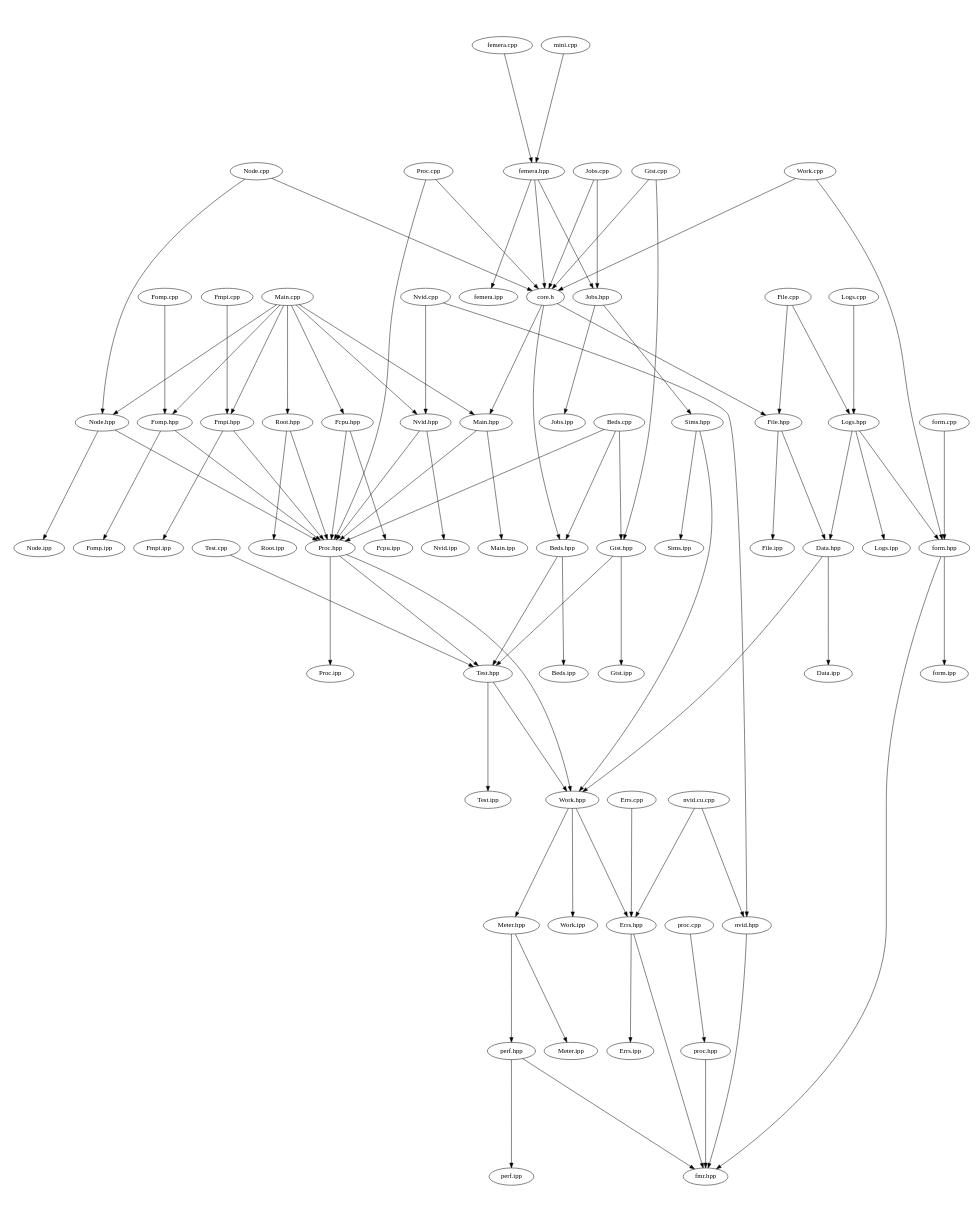
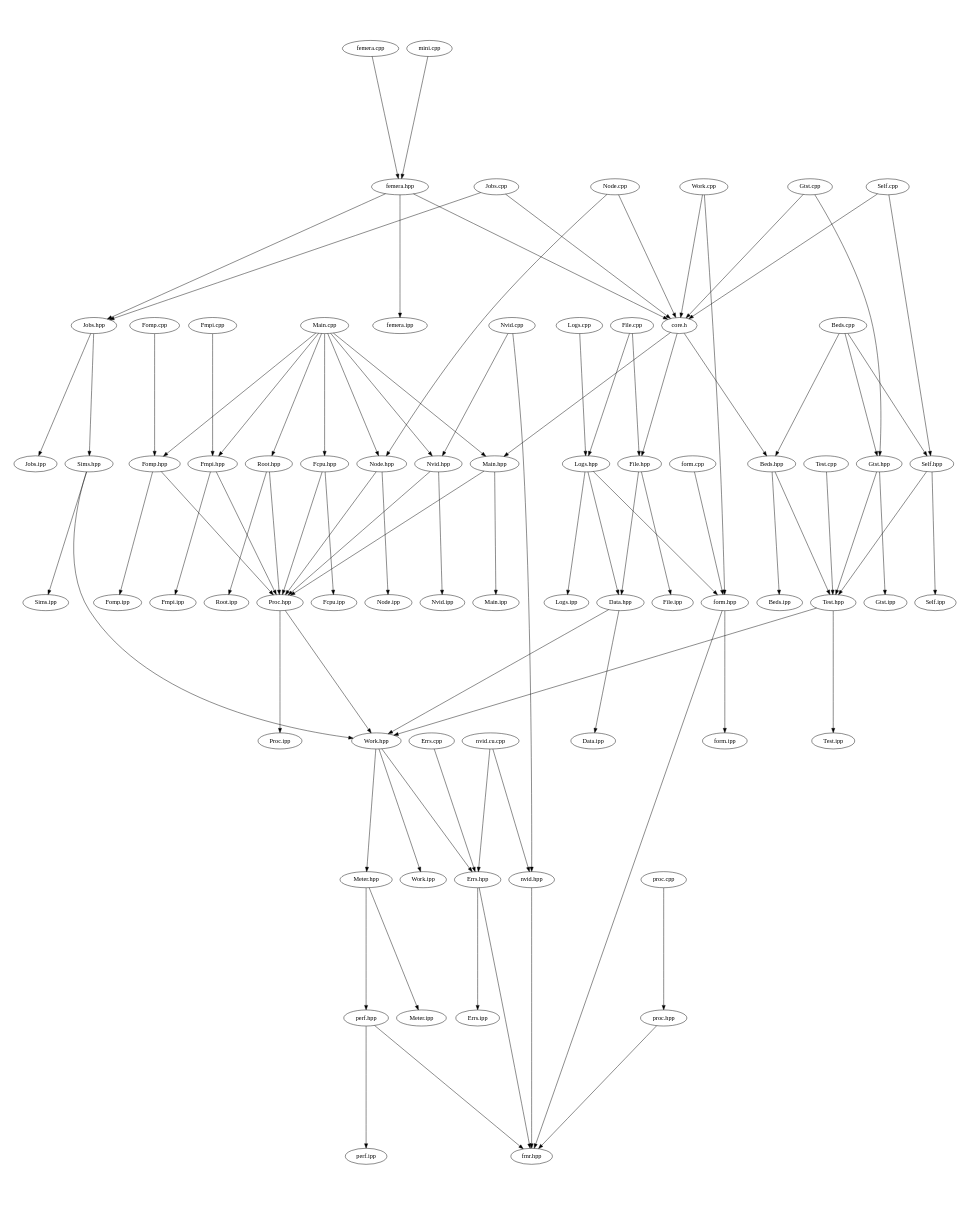
One commit to waggyz/femera-mini-app changed the diagram in src/docs/src-notest.dot. Above: the diagram before and after it, drawn with Graphviz. The commit also changed 11 other files, not shown here.

```diff
--- a/src/docs/src-notest.dot
+++ b/src/docs/src-notest.dot
@@ -1,96 +1,97 @@
 digraph "source tree" {
     overlap=scale;
     size="8,10";
     ratio="fill";
     fontsize="16";
     fontname="Helvetica";
 	clusterrank="local";
 	"Gtst.cpp" -> "core.h"
 	"femera.hpp" -> "Jobs.hpp"
 	"Meter.hpp" -> "perf.hpp"
 	"Main.cpp" -> "Fomp.hpp"
 	"Sims.hpp" -> "Work.hpp"
 	"Errs.cpp" -> "Errs.hpp"
 	"femera.cpp" -> "femera.hpp"
 	"Work.hpp" -> "Errs.hpp"
 	"Fmpi.hpp" -> "Fmpi.ipp"
 	"Sims.hpp" -> "Sims.ipp"
 	"Jobs.hpp" -> "Jobs.ipp"
 	"Nvid.hpp" -> "Nvid.ipp"
 	"Fomp.cpp" -> "Fomp.hpp"
 	"Logs.cpp" -> "Logs.hpp"
 	"nvid.cu.cpp" -> "nvid.hpp"
 	"proc.hpp" -> "fmr.hpp"
 	"Nvid.hpp" -> "Proc.hpp"
 	"Root.hpp" -> "Proc.hpp"
 	"Main.cpp" -> "Node.hpp"
-	"Beds.cpp" -> "Proc.hpp"
 	"Main.cpp" -> "Main.hpp"
 	"Proc.hpp" -> "Proc.ipp"
 	"Beds.cpp" -> "Gtst.hpp"
 	"Node.cpp" -> "Node.hpp"
 	"Main.cpp" -> "Fmpi.hpp"
 	"core.h" -> "Main.hpp"
 	"Main.cpp" -> "Fcpu.hpp"
 	"Work.cpp" -> "core.h"
 	"nvid.hpp" -> "fmr.hpp"
 	"perf.hpp" -> "fmr.hpp"
 	"Data.hpp" -> "Data.ipp"
-	"Proc.hpp" -> "Test.hpp"
+	"Beds.cpp" -> "Self.hpp"
 	"Work.hpp" -> "Work.ipp"
 	"Fmpi.hpp" -> "Proc.hpp"
 	"Test.hpp" -> "Work.hpp"
 	"Nvid.cpp" -> "nvid.hpp"
 	"Node.hpp" -> "Node.ipp"
 	"form.hpp" -> "form.ipp"
 	"Gtst.cpp" -> "Gtst.hpp"
 	"femera.hpp" -> "femera.ipp"
 	"Fcpu.hpp" -> "Proc.hpp"
 	"Fomp.hpp" -> "Proc.hpp"
 	"File.hpp" -> "File.ipp"
+	"Self.cpp" -> "core.h"
 	"Main.cpp" -> "Nvid.hpp"
 	"Meter.hpp" -> "Meter.ipp"
 	"core.h" -> "File.hpp"
 	"Fomp.hpp" -> "Fomp.ipp"
 	"Logs.hpp" -> "Data.hpp"
 	"Gtst.hpp" -> "Gtst.ipp"
-	"Proc.cpp" -> "core.h"
 	"form.cpp" -> "form.hpp"
 	"File.cpp" -> "File.hpp"
+	"Self.hpp" -> "Test.hpp"
 	"perf.hpp" -> "perf.ipp"
 	"proc.cpp" -> "proc.hpp"
+	"Self.hpp" -> "Self.ipp"
 	"Node.cpp" -> "core.h"
 	"Fmpi.cpp" -> "Fmpi.hpp"
 	"File.cpp" -> "Logs.hpp"
 	"core.h" -> "Beds.hpp"
 	"Errs.hpp" -> "fmr.hpp"
 	"Fcpu.hpp" -> "Fcpu.ipp"
 	"Root.hpp" -> "Root.ipp"
 	"Errs.hpp" -> "Errs.ipp"
 	"Main.hpp" -> "Main.ipp"
 	"Test.cpp" -> "Test.hpp"
 	"nvid.cu.cpp" -> "Errs.hpp"
 	"Beds.cpp" -> "Beds.hpp"
 	"Node.hpp" -> "Proc.hpp"
 	"Main.cpp" -> "Root.hpp"
 	"Jobs.hpp" -> "Sims.hpp"
 	"Jobs.cpp" -> "Jobs.hpp"
 	"Logs.hpp" -> "Logs.ipp"
+	"Self.cpp" -> "Self.hpp"
 	"File.hpp" -> "Data.hpp"
 	"mini.cpp" -> "femera.hpp"
 	"Work.cpp" -> "form.hpp"
 	"Beds.hpp" -> "Test.hpp"
 	"Proc.hpp" -> "Work.hpp"
 	"form.hpp" -> "fmr.hpp"
-	"Proc.cpp" -> "Proc.hpp"
 	"Gtst.hpp" -> "Test.hpp"
 	"Data.hpp" -> "Work.hpp"
 	"Nvid.cpp" -> "Nvid.hpp"
 	"Beds.hpp" -> "Beds.ipp"
 	"femera.hpp" -> "core.h"
 	"Jobs.cpp" -> "core.h"
 	"Work.hpp" -> "Meter.hpp"
 	"Logs.hpp" -> "form.hpp"
 	"Main.hpp" -> "Proc.hpp"
 	"Test.hpp" -> "Test.ipp"
 }
```
